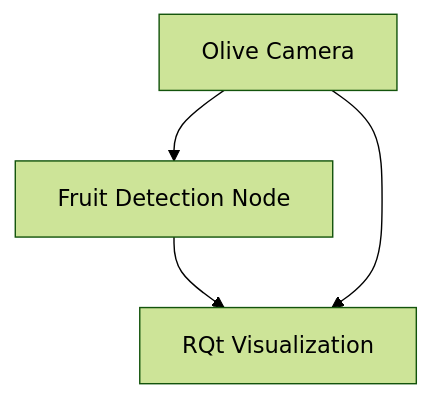
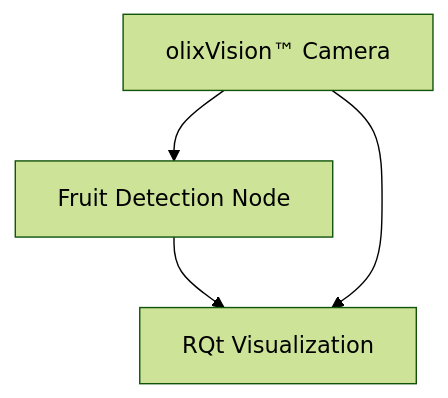
One commit to ekumenlabs/fruit_detection changed the first of 3 diagrams in README.md. Above: the diagram before and after it, drawn with Mermaid (forest theme). The commit also changed other lines of this file and 7 other files, not shown here.

````diff
--- a/README.md
+++ b/README.md
@@ -54,6 +96,6 @@
 ```mermaid
 graph TD
-    A[Olive Camera] --> B[Fruit Detection Node]
+    A[olixVision™ Camera] --> B[Fruit Detection Node]
     B[Fruit Detection Node] --> C[RQt Visualization]
-    A[Olive Camera] --> C[RQt Visualization]
+    A[olixVision™ Camera] --> C[RQt Visualization]
 ```
````
